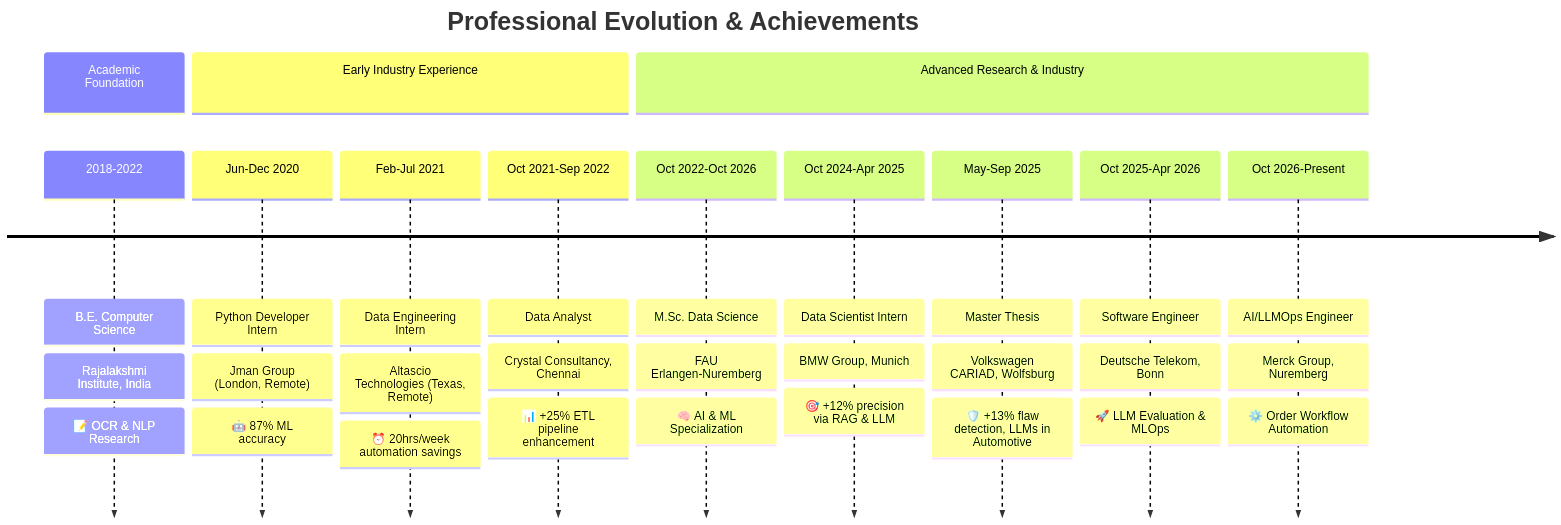
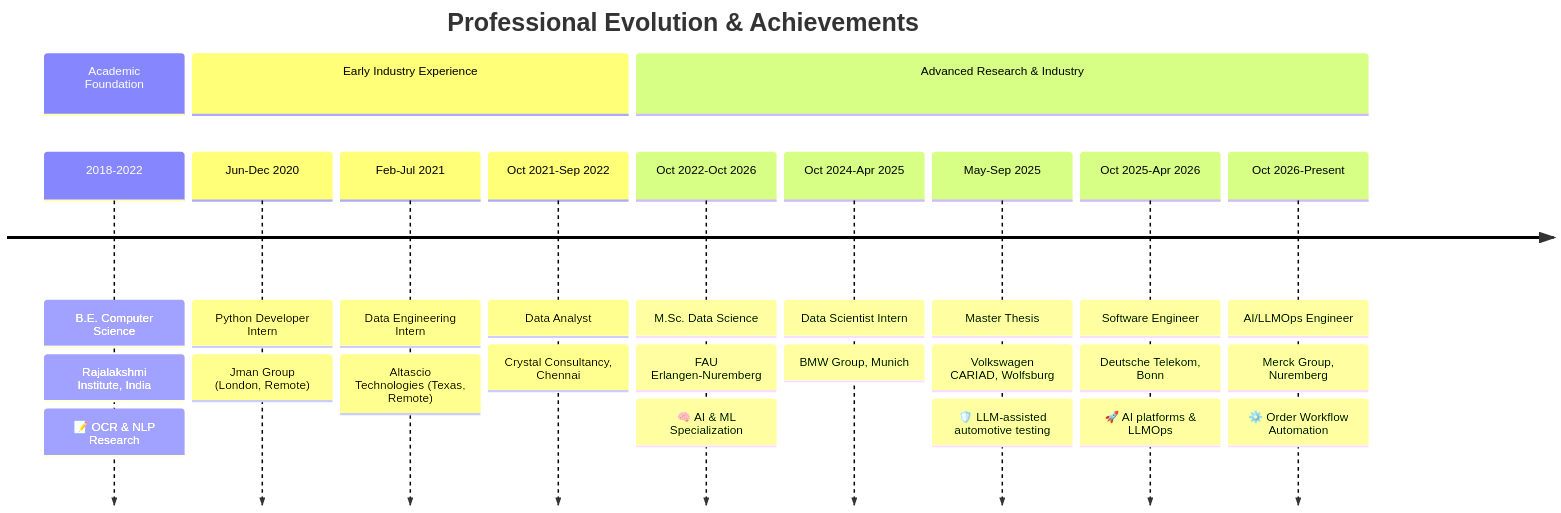
Before and after one commit to DARREN-2000/DARREN-2000: the fourth of 4 diagrams in README.md, drawn with Mermaid. The commit also changed other lines of this file and 2 other files, not shown here.

````diff
--- a/README.md
+++ b/README.md
@@ -311,37 +218,33 @@
 ```mermaid
 timeline
     title Professional Evolution & Achievements
 
     section Academic Foundation
         2018-2022    : B.E. Computer Science
                      : Rajalakshmi Institute, India
                      : 📝 OCR & NLP Research
 
     section Early Industry Experience
         Jun-Dec 2020 : Python Developer Intern
                      : Jman Group (London, Remote)
-                     : 🤖 87% ML accuracy
         Feb-Jul 2021 : Data Engineering Intern
                      : Altascio Technologies (Texas, Remote)
-                     : ⏰ 20hrs/week automation savings
         Oct 2021-Sep 2022 : Data Analyst
                            : Crystal Consultancy, Chennai
-                           : 📊 +25% ETL pipeline enhancement
 
     section Advanced Research & Industry
         Oct 2022-Oct 2026 : M.Sc. Data Science
                           : FAU Erlangen-Nuremberg
                           : 🧠 AI & ML Specialization
         Oct 2024-Apr 2025 : Data Scientist Intern
                           : BMW Group, Munich
-                          : 🎯 +12% precision via RAG & LLM
         May-Sep 2025      : Master Thesis
                           : Volkswagen CARIAD, Wolfsburg
-                          : 🛡️ +13% flaw detection, LLMs in Automotive
+                          : 🛡️ LLM-assisted automotive testing
         Oct 2025-Apr 2026 : Software Engineer
                           : Deutsche Telekom, Bonn
-                          : 🚀 LLM Evaluation & MLOps
+                          : 🚀 AI platforms & LLMOps
         Oct 2026-Present  : AI/LLMOps Engineer
                           : Merck Group, Nuremberg
                           : ⚙️ Order Workflow Automation
 ```
````
